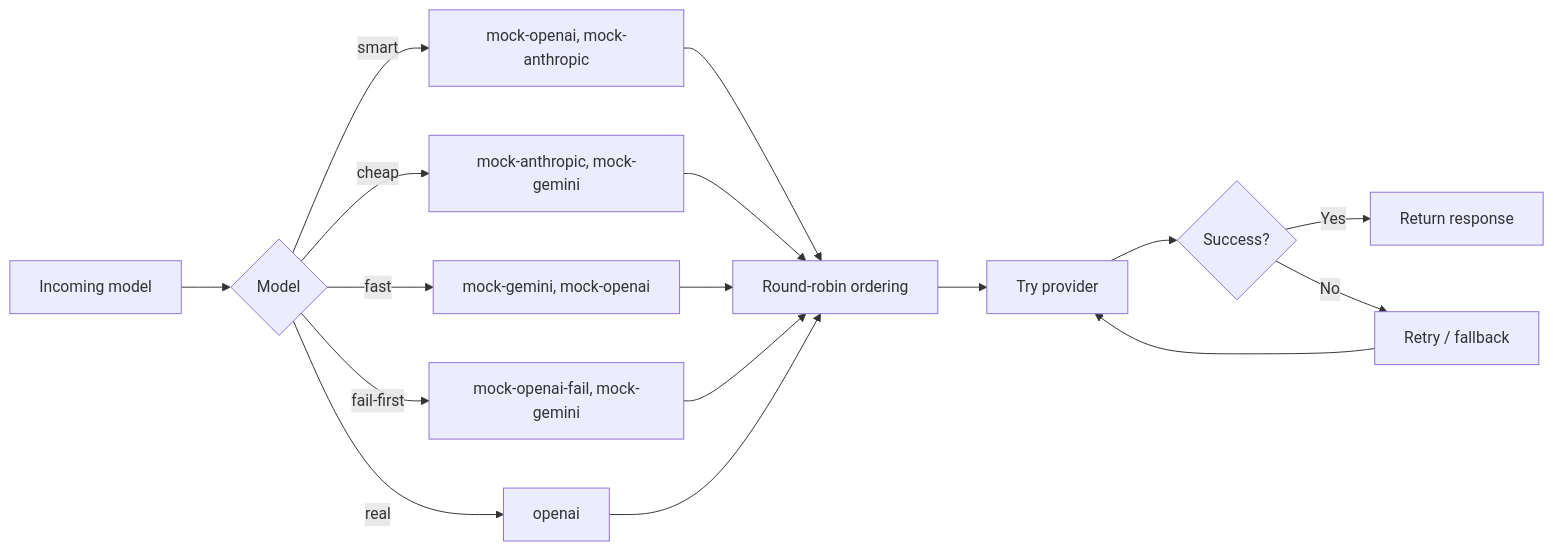
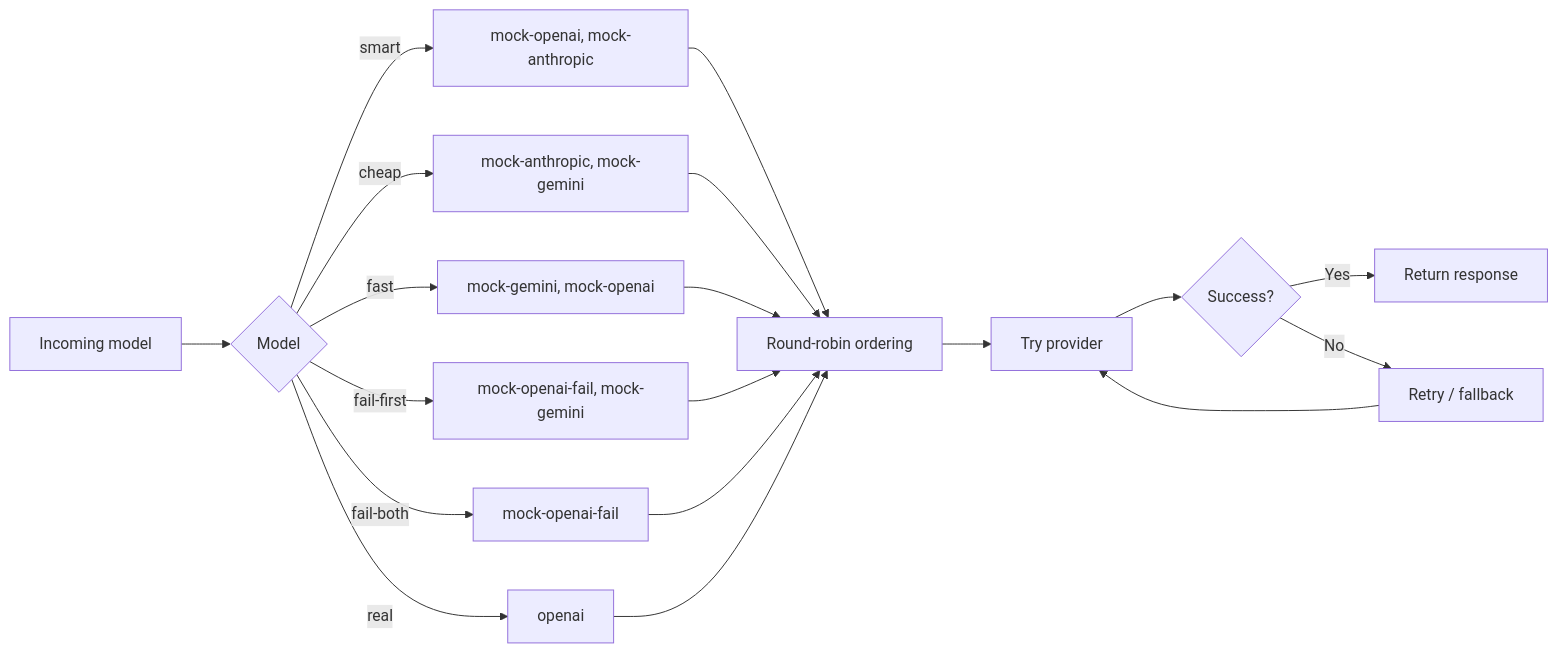
One commit to ErenKarakus1/Distributed-LLM-Gateway changed the third of 3 diagrams in README.md. Above: the diagram before and after it, drawn with Mermaid. The commit also changed other lines of this file and 15 other files, not shown here.

````diff
--- a/README.md
+++ b/README.md
@@ -193,22 +224,24 @@
 ```mermaid
 flowchart LR
     A[Incoming model] --> B{Model}
 
     B -->|smart| C[mock-openai, mock-anthropic]
     B -->|cheap| D[mock-anthropic, mock-gemini]
     B -->|fast| E[mock-gemini, mock-openai]
     B -->|fail-first| F[mock-openai-fail, mock-gemini]
+    B -->|fail-both| M[mock-openai-fail]
     B -->|real| G[openai]
 
     C --> H[Round-robin ordering]
     D --> H
     E --> H
     F --> H
+    M --> H
     G --> H
 
     H --> I[Try provider]
     I --> J{Success?}
     J -->|Yes| K[Return response]
     J -->|No| L[Retry / fallback]
     L --> I
 ```
````
